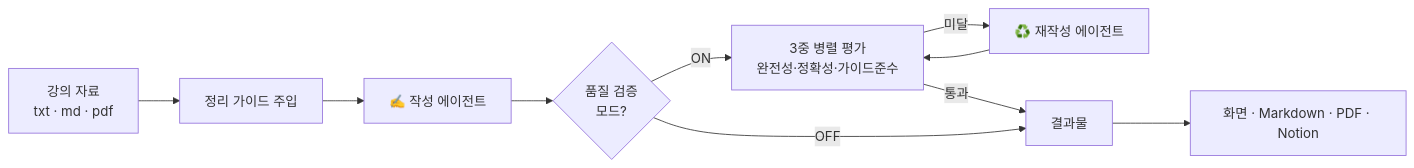
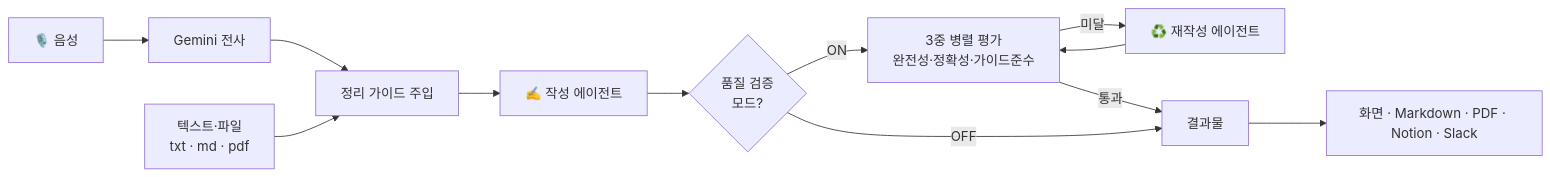
One commit to ppap11k1-gif/lecture-summarizer changed the diagram in README.md. Above: the diagram before and after it, drawn with Mermaid. The commit also changed other lines of this file, not shown here.

````diff
--- a/README.md
+++ b/README.md
@@ -25,12 +24,14 @@
 ```mermaid
 flowchart LR
-    A["강의 자료<br/>txt · md · pdf"] --> B["정리 가이드 주입"]
+    A0["🎙️ 음성"] --> A1["Gemini 전사"]
+    A1 --> B["정리 가이드 주입"]
+    A["텍스트·파일<br/>txt · md · pdf"] --> B["정리 가이드 주입"]
     B --> C["✍️ 작성 에이전트"]
     C --> D{"품질 검증<br/>모드?"}
     D -- ON --> E["3중 병렬 평가<br/>완전성·정확성·가이드준수"]
     E -- 미달 --> F["♻️ 재작성 에이전트"]
     F --> E
     E -- 통과 --> G["결과물"]
     D -- OFF --> G
-    G --> H["화면 · Markdown · PDF · Notion"]
+    G --> H["화면 · Markdown · PDF · Notion · Slack"]
 ```
````
